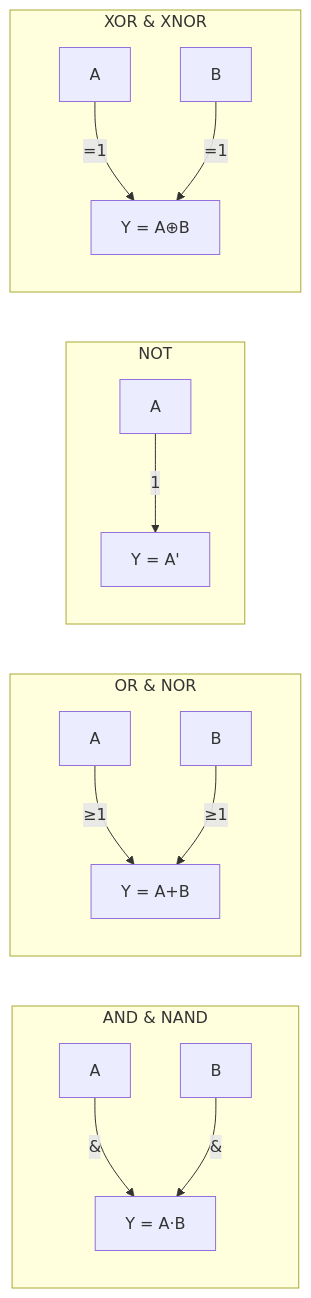
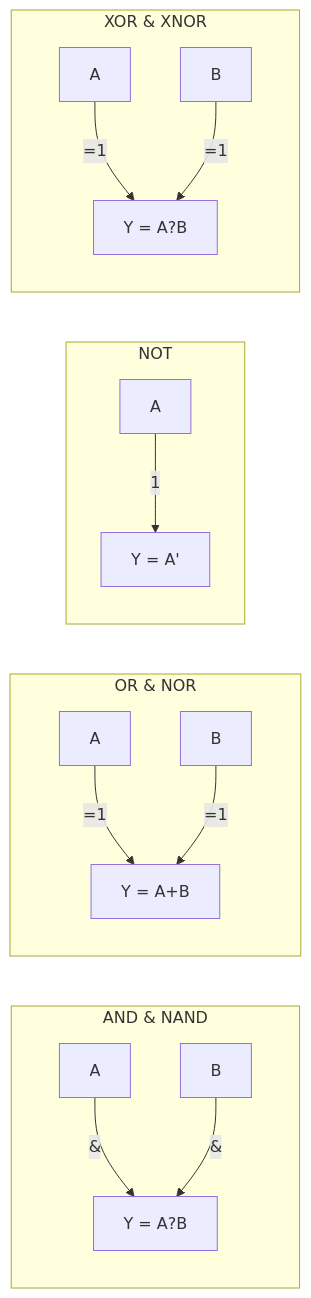
One commit to Raushan666java/ai-engineering-journey changed the sixth of 9 diagrams in docs/courses/digital-logic/03-logic-gates.md. Above: the diagram before and after it, drawn with Mermaid. The commit also changed other lines of this file and 790 other files, not shown here.

Commit message:
Sync all course diagram renders and content updates

````diff
--- a/docs/courses/digital-logic/03-logic-gates.md
+++ b/docs/courses/digital-logic/03-logic-gates.md
@@ -691,18 +691,18 @@
 ```mermaid
 flowchart LR
     subgraph AND[AND & NAND]
-        A1[A] -->|&| Y1[Y = A·B]
+        A1[A] -->|&| Y1[Y = A?B]
         B1[B] -->|&| Y1
     end
     subgraph OR[OR & NOR]
-        A2[A] -->|≥1| Y2[Y = A+B]
-        B2[B] -->|≥1| Y2
+        A2[A] -->|=1| Y2[Y = A+B]
+        B2[B] -->|=1| Y2
     end
     subgraph NOT[NOT]
         A3[A] -->|1| Y3[Y = A']
     end
     subgraph XOR[XOR & XNOR]
-        A4[A] -->|=1| Y4[Y = A⊕B]
+        A4[A] -->|=1| Y4[Y = A?B]
         B4[B] -->|=1| Y4
     end
 ```
````
